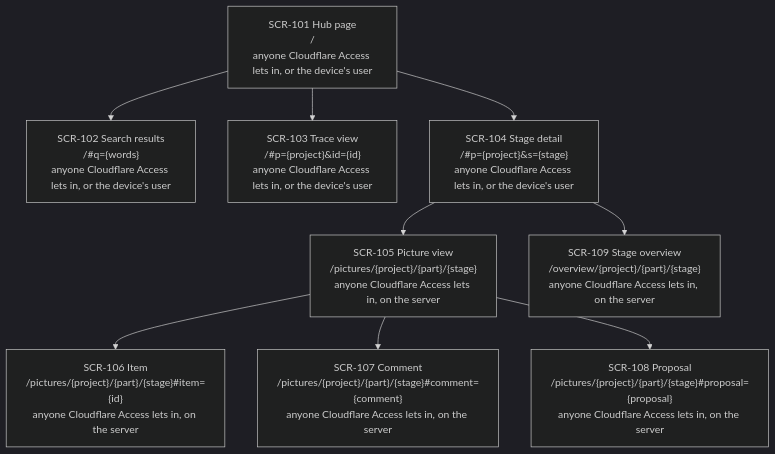
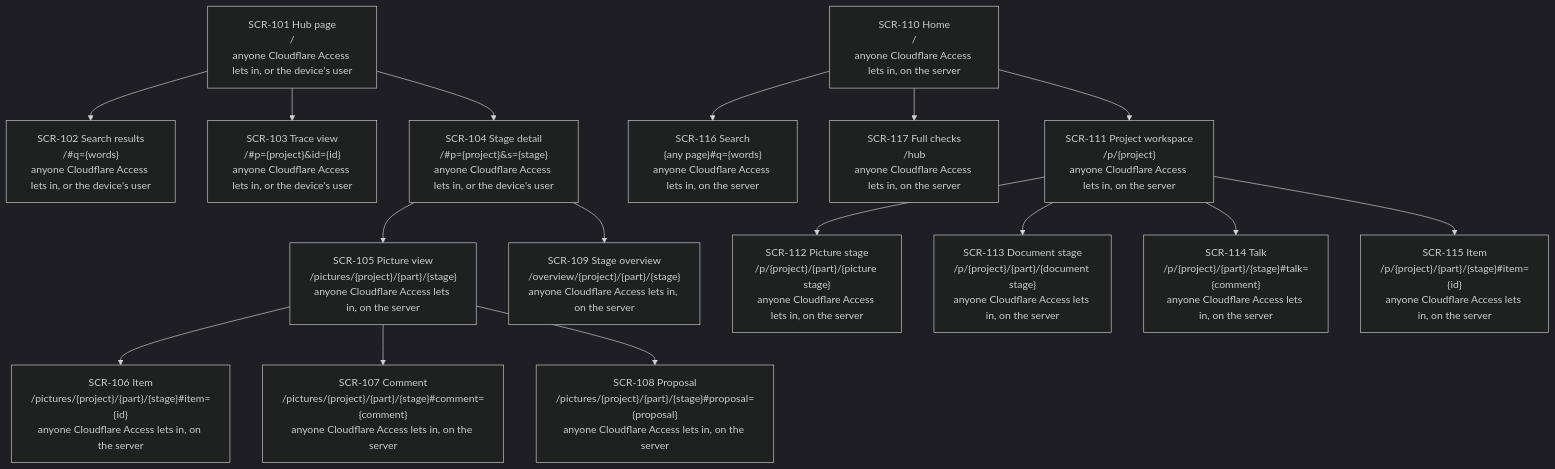
Before and after one commit to kodonghui/corthex-nexus: the diagram in docs/07-sitemap/nexus.md, drawn with Mermaid (dark theme). The commit also changed other lines of this file and 24 other files, not shown here.

First line of the commit message:
docs(nexus): plan the redesign's screens, flows and contracts

````diff
--- a/docs/07-sitemap/nexus.md
+++ b/docs/07-sitemap/nexus.md
@@ -37,12 +54,20 @@
 ```mermaid
 flowchart TD
   SCR101["SCR-101 Hub page<br/>/<br/>anyone Cloudflare Access lets in, or the device's user"]
   SCR101 --> SCR102["SCR-102 Search results<br/>/#q={words}<br/>anyone Cloudflare Access lets in, or the device's user"]
   SCR101 --> SCR103["SCR-103 Trace view<br/>/#p={project}&id={id}<br/>anyone Cloudflare Access lets in, or the device's user"]
   SCR101 --> SCR104["SCR-104 Stage detail<br/>/#p={project}&s={stage}<br/>anyone Cloudflare Access lets in, or the device's user"]
   SCR104 --> SCR105["SCR-105 Picture view<br/>/pictures/{project}/{part}/{stage}<br/>anyone Cloudflare Access lets in, on the server"]
   SCR105 --> SCR106["SCR-106 Item<br/>/pictures/{project}/{part}/{stage}#item={id}<br/>anyone Cloudflare Access lets in, on the server"]
   SCR105 --> SCR107["SCR-107 Comment<br/>/pictures/{project}/{part}/{stage}#comment={comment}<br/>anyone Cloudflare Access lets in, on the server"]
   SCR105 --> SCR108["SCR-108 Proposal<br/>/pictures/{project}/{part}/{stage}#proposal={proposal}<br/>anyone Cloudflare Access lets in, on the server"]
   SCR104 --> SCR109["SCR-109 Stage overview<br/>/overview/{project}/{part}/{stage}<br/>anyone Cloudflare Access lets in, on the server"]
+  SCR110["SCR-110 Home<br/>/<br/>anyone Cloudflare Access lets in, on the server"]
+  SCR110 --> SCR116["SCR-116 Search<br/>{any page}#q={words}<br/>anyone Cloudflare Access lets in, on the server"]
+  SCR110 --> SCR117["SCR-117 Full checks<br/>/hub<br/>anyone Cloudflare Access lets in, on the server"]
+  SCR110 --> SCR111["SCR-111 Project workspace<br/>/p/{project}<br/>anyone Cloudflare Access lets in, on the server"]
+  SCR111 --> SCR112["SCR-112 Picture stage<br/>/p/{project}/{part}/{picture stage}<br/>anyone Cloudflare Access lets in, on the server"]
+  SCR111 --> SCR113["SCR-113 Document stage<br/>/p/{project}/{part}/{document stage}<br/>anyone Cloudflare Access lets in, on the server"]
+  SCR111 --> SCR114["SCR-114 Talk<br/>/p/{project}/{part}/{stage}#talk={comment}<br/>anyone Cloudflare Access lets in, on the server"]
+  SCR111 --> SCR115["SCR-115 Item<br/>/p/{project}/{part}/{stage}#item={id}<br/>anyone Cloudflare Access lets in, on the server"]
 ```
````
